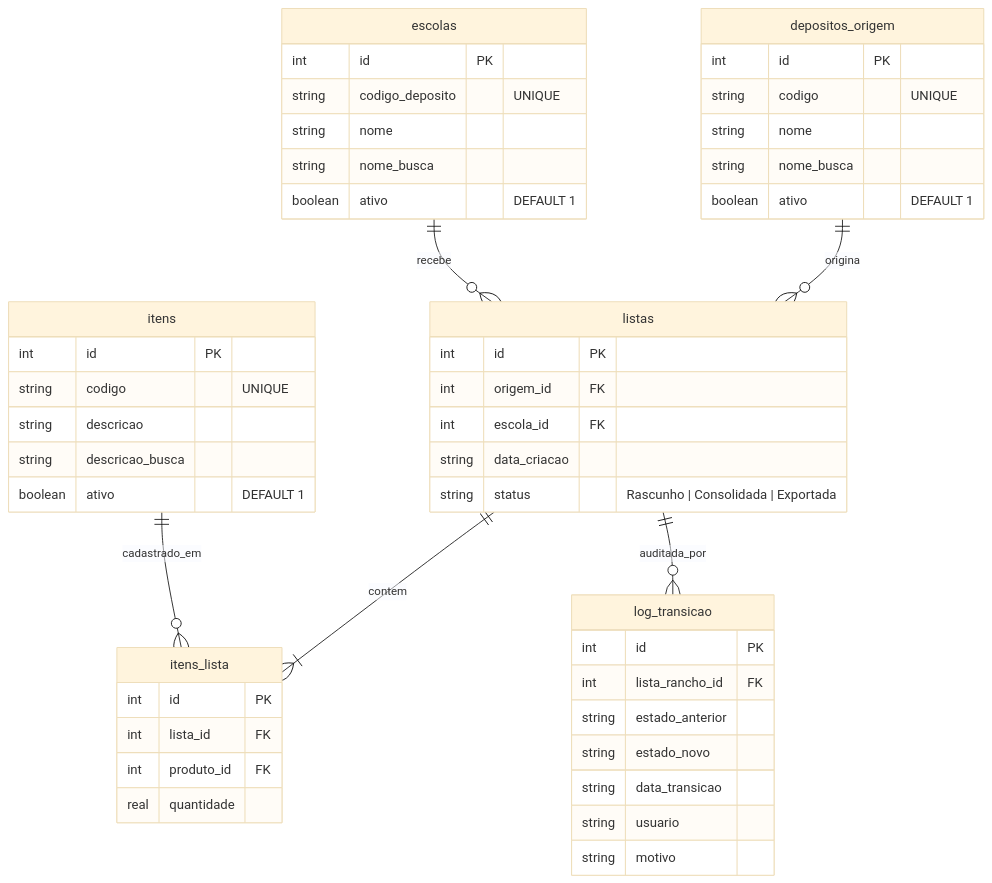
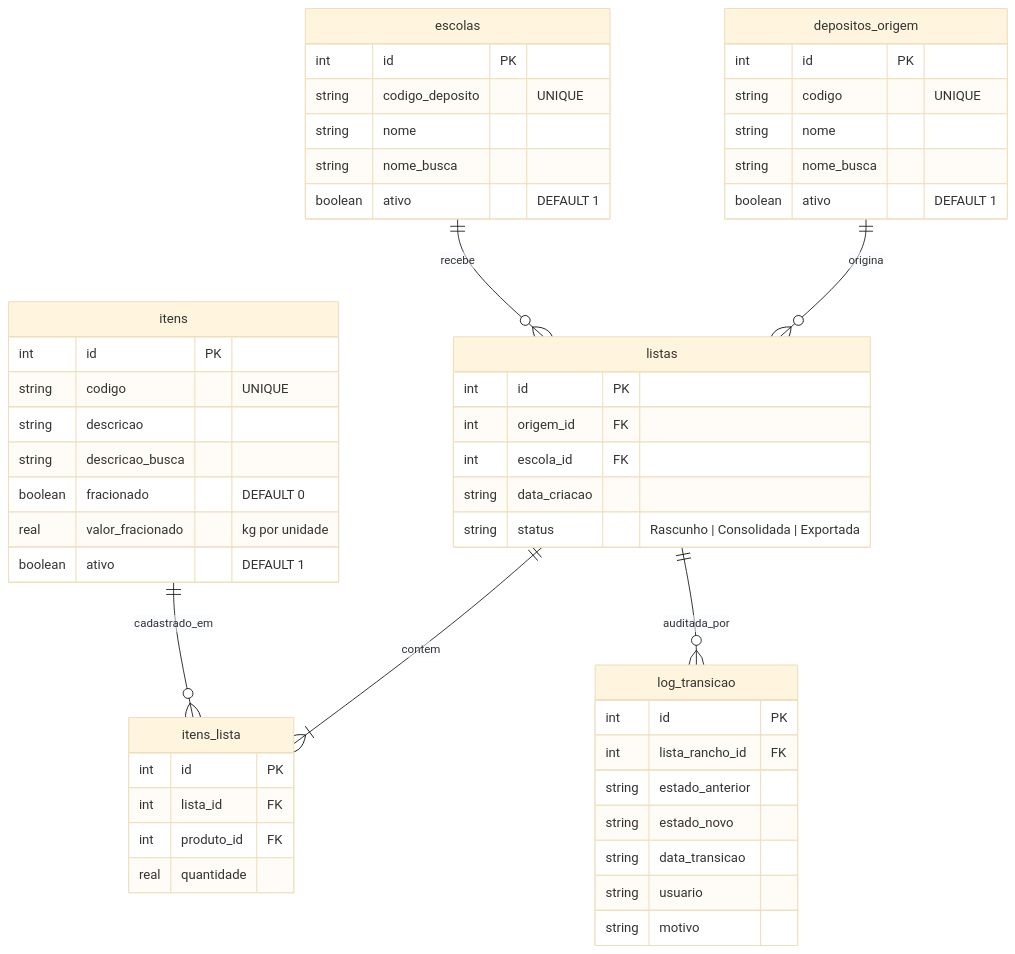
The second of 2 diagrams in README.md (VitorRosaDev/TransferTool), drawn with Mermaid (base theme) before and after one commit. The commit also changed other lines of this file and 20 other files, not shown here.

````diff
--- a/README.md
+++ b/README.md
@@ -49,57 +49,59 @@
 ```mermaid
 erDiagram
     depositos_origem ||--o{ listas : "origina"
     escolas ||--o{ listas : "recebe"
     listas ||--|{ itens_lista : "contem"
     itens ||--o{ itens_lista : "cadastrado_em"
     listas ||--o{ log_transicao : "auditada_por"
 
     depositos_origem {
         int id PK
         string codigo "UNIQUE"
         string nome
         string nome_busca
         boolean ativo "DEFAULT 1"
     }
 
     escolas {
         int id PK
         string codigo_deposito "UNIQUE"
         string nome
         string nome_busca
         boolean ativo "DEFAULT 1"
     }
 
     itens {
         int id PK
         string codigo "UNIQUE"
         string descricao
         string descricao_busca
+        boolean fracionado "DEFAULT 0"
+        real valor_fracionado "kg por unidade"
         boolean ativo "DEFAULT 1"
     }
 
     listas {
         int id PK
         int origem_id FK
         int escola_id FK
         string data_criacao
         string status "Rascunho | Consolidada | Exportada"
     }
 
     itens_lista {
         int id PK
         int lista_id FK
         int produto_id FK
         real quantidade
     }
 
     log_transicao {
         int id PK
         int lista_rancho_id FK
         string estado_anterior
         string estado_novo
         string data_transicao
         string usuario
         string motivo
     }
 ```
````
